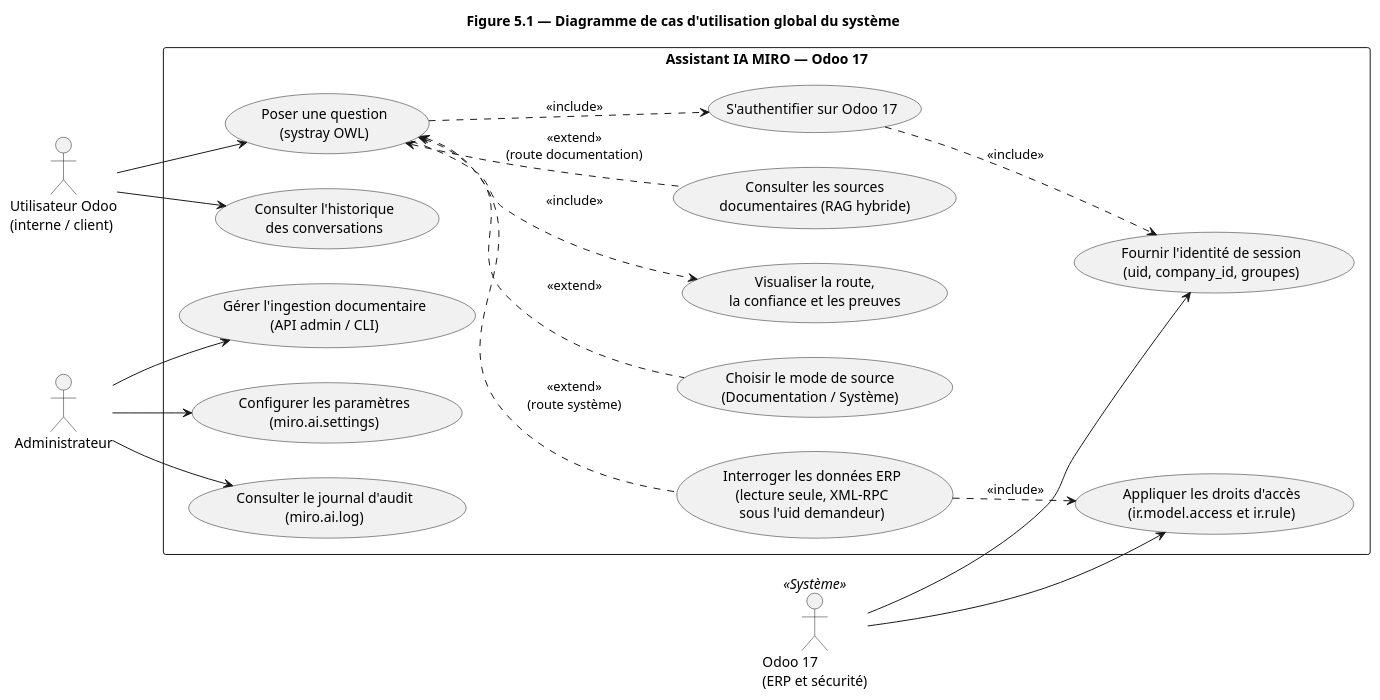
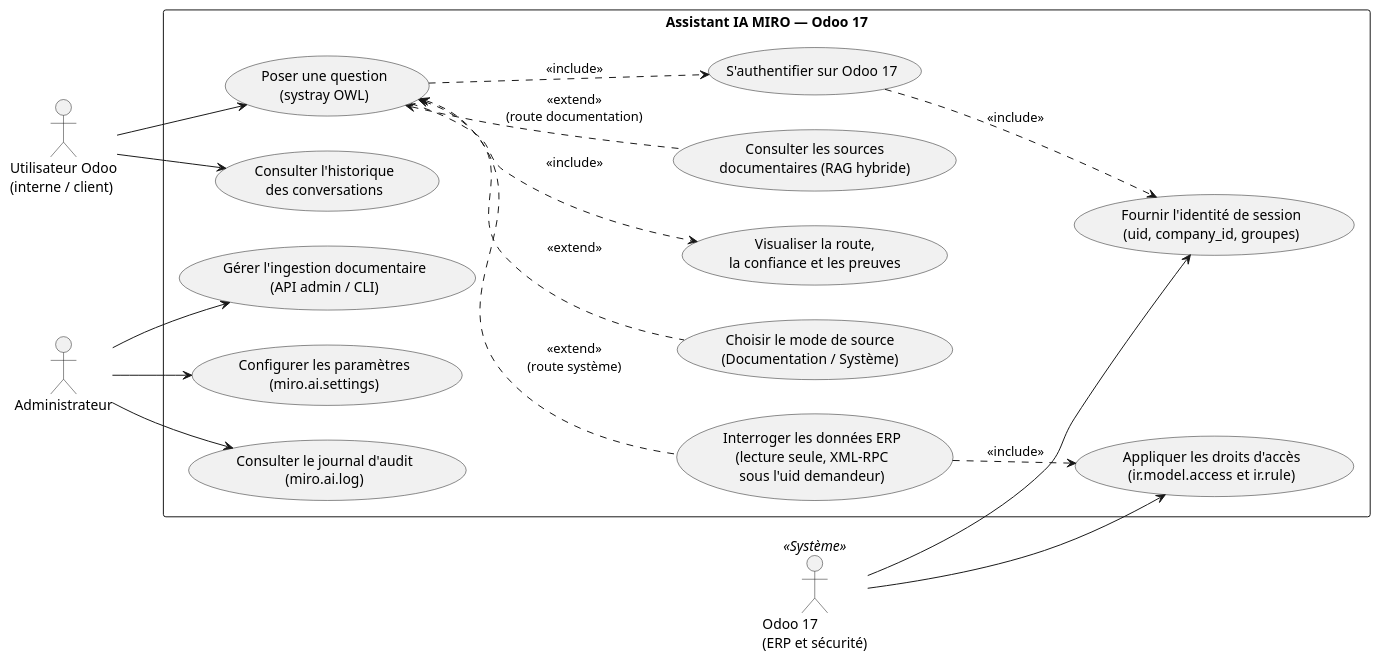
One commit to katsuki2000/odoo-ia-prototype changed the diagram in todo/diagrammes/5_1_cas_utilisation.puml. Above: the diagram before and after it, drawn with PlantUML. The commit also changed 30 other files, not shown here.

```diff
--- a/todo/diagrammes/5_1_cas_utilisation.puml
+++ b/todo/diagrammes/5_1_cas_utilisation.puml
@@ -1,40 +1,39 @@
 @startuml 5_1_cas_utilisation
-title Figure 5.1 — Diagramme de cas d'utilisation global du système
 left to right direction
 skinparam packageStyle rectangle
 
 actor "Utilisateur Odoo\n(interne / client)" as U
 actor "Administrateur" as A
 actor "Odoo 17\n(ERP et sécurité)" as S <<Système>>
 
 rectangle "Assistant IA MIRO — Odoo 17" {
   usecase "Poser une question\n(systray OWL)" as UC1
   usecase "S'authentifier sur Odoo 17" as UC2
   usecase "Fournir l'identité de session\n(uid, company_id, groupes)" as UC3
   usecase "Consulter l'historique\ndes conversations" as UC4
   usecase "Choisir le mode de source\n(Documentation / Système)" as UC5
   usecase "Visualiser la route,\nla confiance et les preuves" as UC6
   usecase "Consulter les sources\ndocumentaires (RAG hybride)" as UC7
   usecase "Interroger les données ERP\n(lecture seule, XML-RPC\nsous l'uid demandeur)" as UC8
   usecase "Appliquer les droits d'accès\n(ir.model.access et ir.rule)" as UC9
   usecase "Configurer les paramètres\n(miro.ai.settings)" as UC10
   usecase "Consulter le journal d'audit\n(miro.ai.log)" as UC11
   usecase "Gérer l'ingestion documentaire\n(API admin / CLI)" as UC12
 }
 
 U --> UC1
 U --> UC4
 A --> UC10
 A --> UC11
 A --> UC12
 S --> UC3
 S --> UC9
 
 UC1 ..> UC2 : <<include>>
 UC2 ..> UC3 : <<include>>
 UC1 ..> UC6 : <<include>>
 UC5 .up.> UC1 : <<extend>>
 UC7 .up.> UC1 : <<extend>>\n(route documentation)
 UC8 .up.> UC1 : <<extend>>\n(route système)
 UC8 ..> UC9 : <<include>>
 @enduml
```
